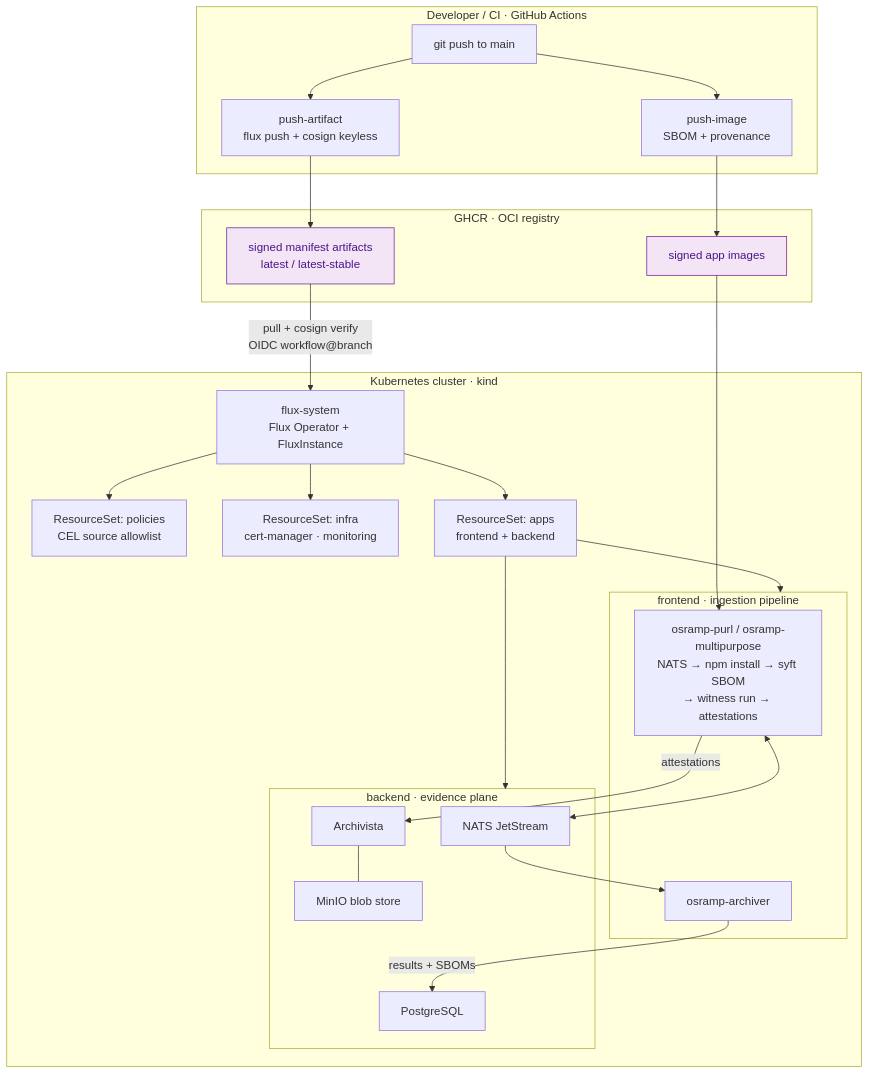
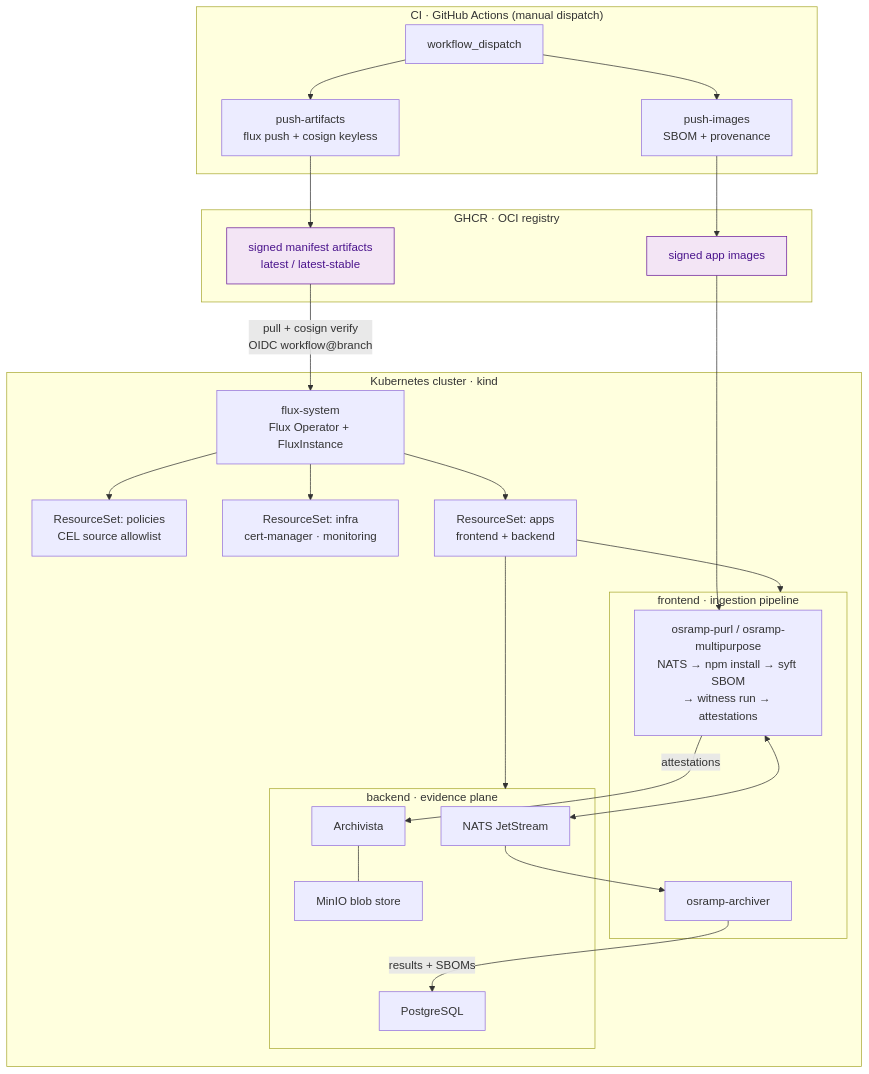
The first of 2 diagrams in README.md (sublimino/architecture-as-code), drawn with Mermaid before and after one commit. The commit also changed other lines of this file and 3 other files, not shown here.

````diff
--- a/README.md
+++ b/README.md
@@ -52,51 +61,51 @@
 ```mermaid
 flowchart TB
-  subgraph ci["Developer / CI · GitHub Actions"]
-    GP["git push to main"]
-    PA["push-artifact<br/>flux push + cosign keyless"]
-    PI["push-image<br/>SBOM + provenance"]
+  subgraph ci["CI · GitHub Actions (manual dispatch)"]
+    GP["workflow_dispatch"]
+    PA["push-artifacts<br/>flux push + cosign keyless"]
+    PI["push-images<br/>SBOM + provenance"]
     GP --> PA
     GP --> PI
   end
 
   subgraph reg["GHCR · OCI registry"]
     ART["signed manifest artifacts<br/>latest / latest-stable"]
     IMG["signed app images"]
   end
   PA --> ART
   PI --> IMG
 
   subgraph k8s["Kubernetes cluster · kind"]
     FLUX["flux-system<br/>Flux Operator + FluxInstance"]
     RSP["ResourceSet: policies<br/>CEL source allowlist"]
     RSI["ResourceSet: infra<br/>cert-manager · monitoring"]
     RSA["ResourceSet: apps<br/>frontend + backend"]
     FLUX --> RSP
     FLUX --> RSI
     FLUX --> RSA
 
     subgraph fe["frontend · ingestion pipeline"]
       PURL["osramp-purl / osramp-multipurpose<br/>NATS → npm install → syft SBOM<br/>→ witness run → attestations"]
       ARCH["osramp-archiver"]
     end
     subgraph be["backend · evidence plane"]
       NATS["NATS JetStream"]
       ARV["Archivista"]
       PG["PostgreSQL"]
       MINIO["MinIO blob store"]
     end
   end
 
   ART -- "pull + cosign verify<br/>OIDC workflow@branch" --> FLUX
   IMG --> PURL
   RSA --> fe
   RSA --> be
   PURL <--> NATS
   PURL -- attestations --> ARV
   NATS --> ARCH
   ARCH -- "results + SBOMs" --> PG
   ARV --- MINIO
 
   classDef reg fill:#f3e5f5,stroke:#6a1b9a,color:#4a148c;
   class ART,IMG reg;
 ```
````
